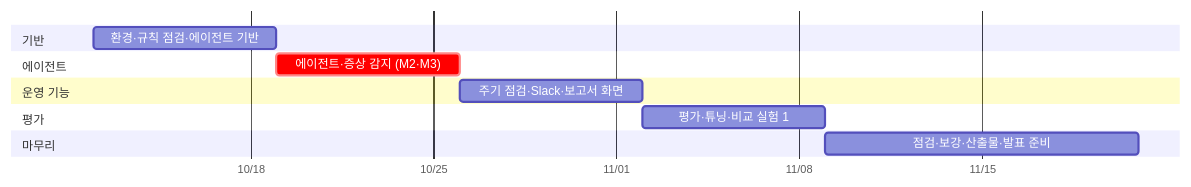
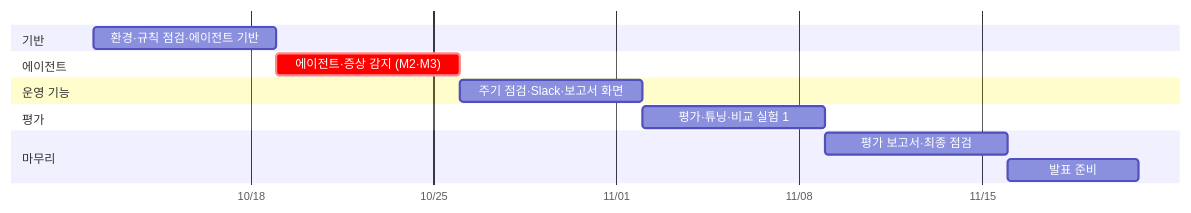
The diagram in docs/02-execution-plan.md (skax-jihyeryu/KubeGuardian), drawn with Mermaid before and after one commit. The commit also changed other lines of this file and 2 other files, not shown here.

````diff
--- a/docs/02-execution-plan.md
+++ b/docs/02-execution-plan.md
@@ -253,15 +298,16 @@
 ```mermaid
 gantt
     dateFormat YYYY-MM-DD
     axisFormat %m/%d
     section 기반
     환경·규칙 점검·에이전트 기반 :w1, 2026-10-12, 7d
     section 에이전트
     에이전트·증상 감지 (M2·M3) :crit, w2, after w1, 7d
     section 운영 기능
     주기 점검·Slack·보고서 화면 :w3, after w2, 7d
     section 평가
     평가·튜닝·비교 실험 1 :w4, after w3, 7d
     section 마무리
-    점검·보강·산출물·발표 준비 :f, after w4, 12d
+    평가 보고서·최종 점검 :w5, after w4, 7d
+    발표 준비 :p, after w5, 5d
 ```
````
